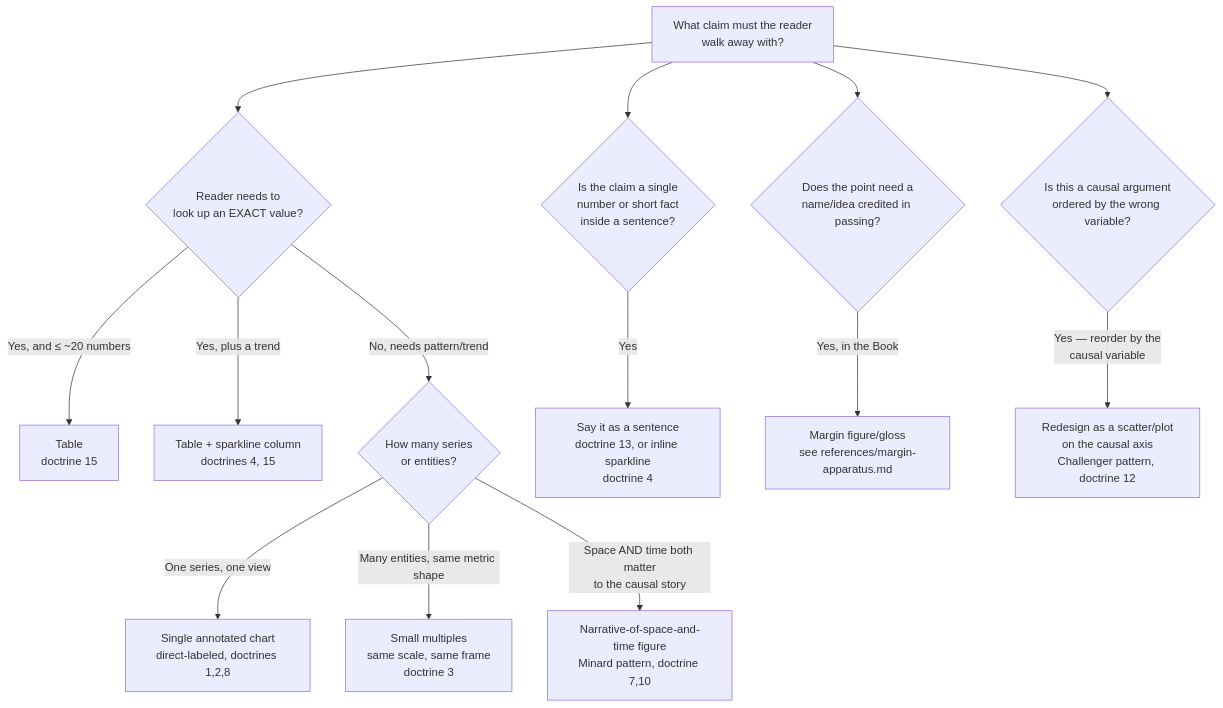
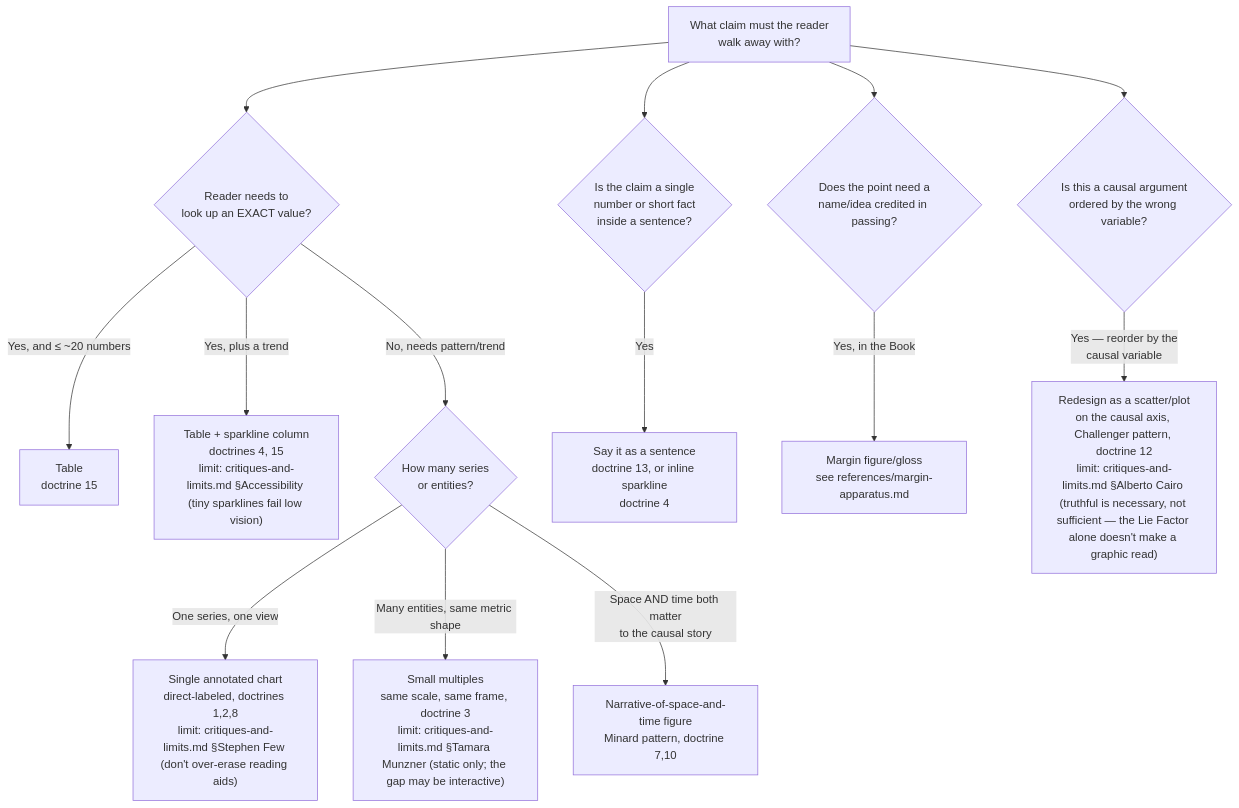
One commit to curiositech/port-daddy changed the diagram in skills/tufte-evidence-design/SKILL.md. Above: the diagram before and after it, drawn with Mermaid. The commit also changed other lines of this file and 5 other files, not shown here.

````diff
--- a/skills/tufte-evidence-design/SKILL.md
+++ b/skills/tufte-evidence-design/SKILL.md
@@ -50,16 +50,16 @@
 ```mermaid
 flowchart TD
   A[What claim must the reader\nwalk away with?] --> B{Reader needs to\nlook up an EXACT value?}
   B -->|Yes, and ≤ ~20 numbers| C[Table\ndoctrine 15]
-  B -->|Yes, plus a trend| D[Table + sparkline column\ndoctrines 4, 15]
+  B -->|Yes, plus a trend| D["Table + sparkline column\ndoctrines 4, 15\nlimit: critiques-and-limits.md §Accessibility (tiny sparklines fail low vision)"]
   B -->|No, needs pattern/trend| E{How many series\nor entities?}
-  E -->|One series, one view| F[Single annotated chart\ndirect-labeled, doctrines 1,2,8]
-  E -->|Many entities, same metric shape| G[Small multiples\nsame scale, same frame\ndoctrine 3]
+  E -->|One series, one view| F["Single annotated chart\ndirect-labeled, doctrines 1,2,8\nlimit: critiques-and-limits.md §Stephen Few (don't over-erase reading aids)"]
+  E -->|Many entities, same metric shape| G["Small multiples\nsame scale, same frame, doctrine 3\nlimit: critiques-and-limits.md §Tamara Munzner (static only; the gap may be interactive)"]
   E -->|Space AND time both matter\nto the causal story| H[Narrative-of-space-and-time figure\nMinard pattern, doctrine 7,10]
   A --> I{Is the claim a single\nnumber or short fact\ninside a sentence?}
   I -->|Yes| J[Say it as a sentence\ndoctrine 13, or inline sparkline\ndoctrine 4]
   A --> K{Does the point need a\nname/idea credited in passing?}
   K -->|Yes, in the Book| L[Margin figure/gloss\nsee references/margin-apparatus.md]
   A --> M{Is this a causal argument\nordered by the wrong variable?}
-  M -->|Yes — reorder by the\ncausal variable| N[Redesign as a scatter/plot\non the causal axis\nChallenger pattern, doctrine 12]
+  M -->|Yes — reorder by the\ncausal variable| N["Redesign as a scatter/plot\non the causal axis, Challenger pattern, doctrine 12\nlimit: critiques-and-limits.md §Alberto Cairo (truthful is necessary, not sufficient — the Lie Factor alone doesn't make a graphic read)"]
 ```
````
